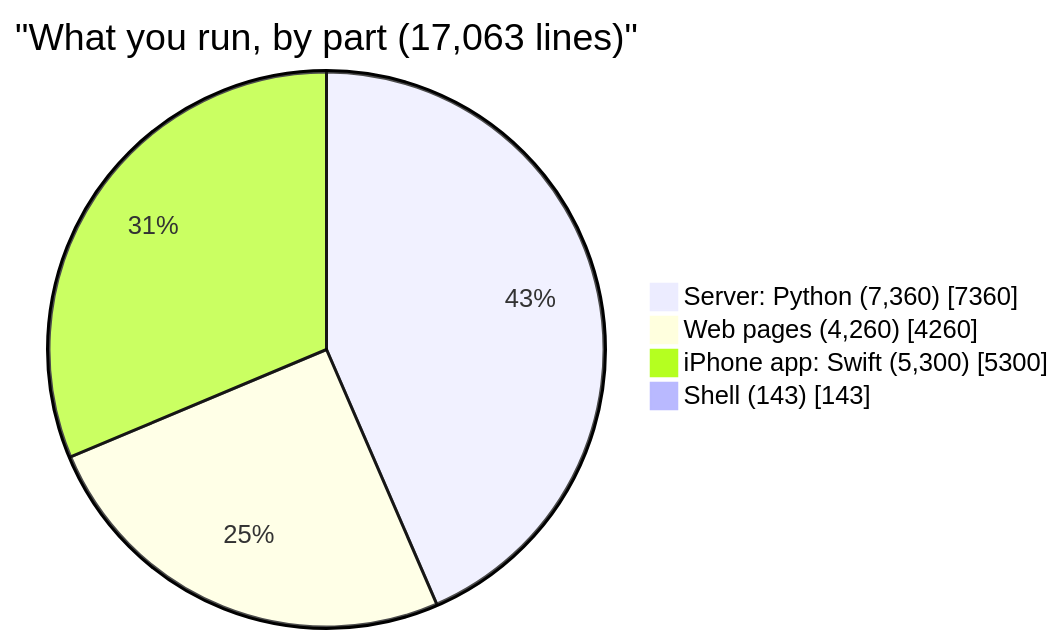
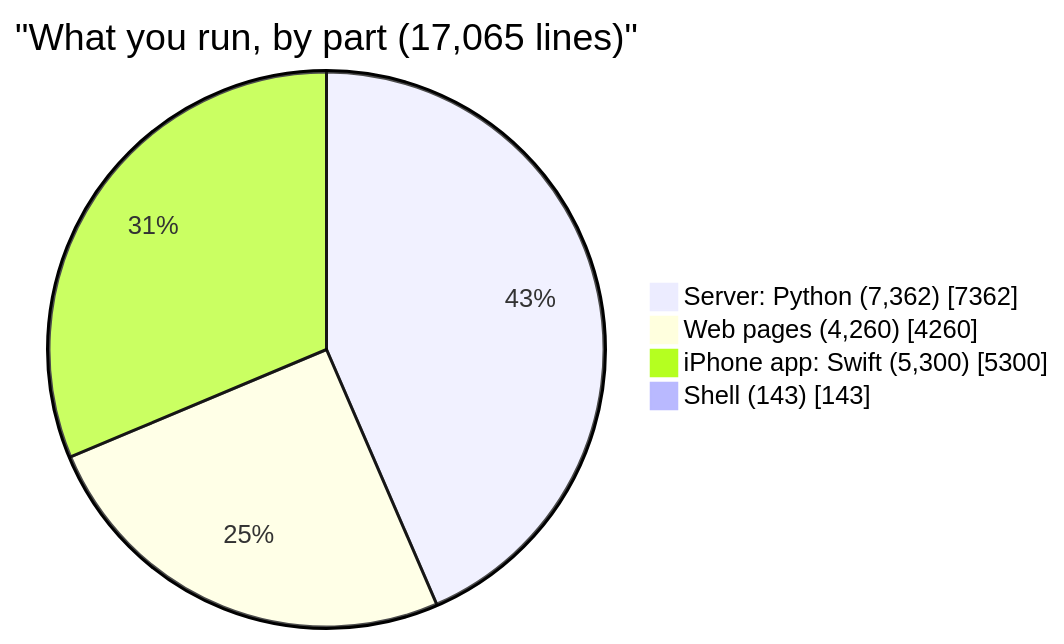
One commit to jflam/photo-estate changed the first of 2 diagrams in docs/book/02-code-tour.md. Above: the diagram before and after it, drawn with Mermaid. The commit also changed other lines of this file and 6 other files, not shown here.

````diff
--- a/docs/book/02-code-tour.md
+++ b/docs/book/02-code-tour.md
@@ -23,7 +23,7 @@
 ```mermaid
-pie showData title "What you run, by part (17,063 lines)"
-    "Server: Python (7,360)" : 7360
+pie showData title "What you run, by part (17,065 lines)"
+    "Server: Python (7,362)" : 7362
     "Web pages (4,260)" : 4260
     "iPhone app: Swift (5,300)" : 5300
     "Shell (143)" : 143
 ```
````
